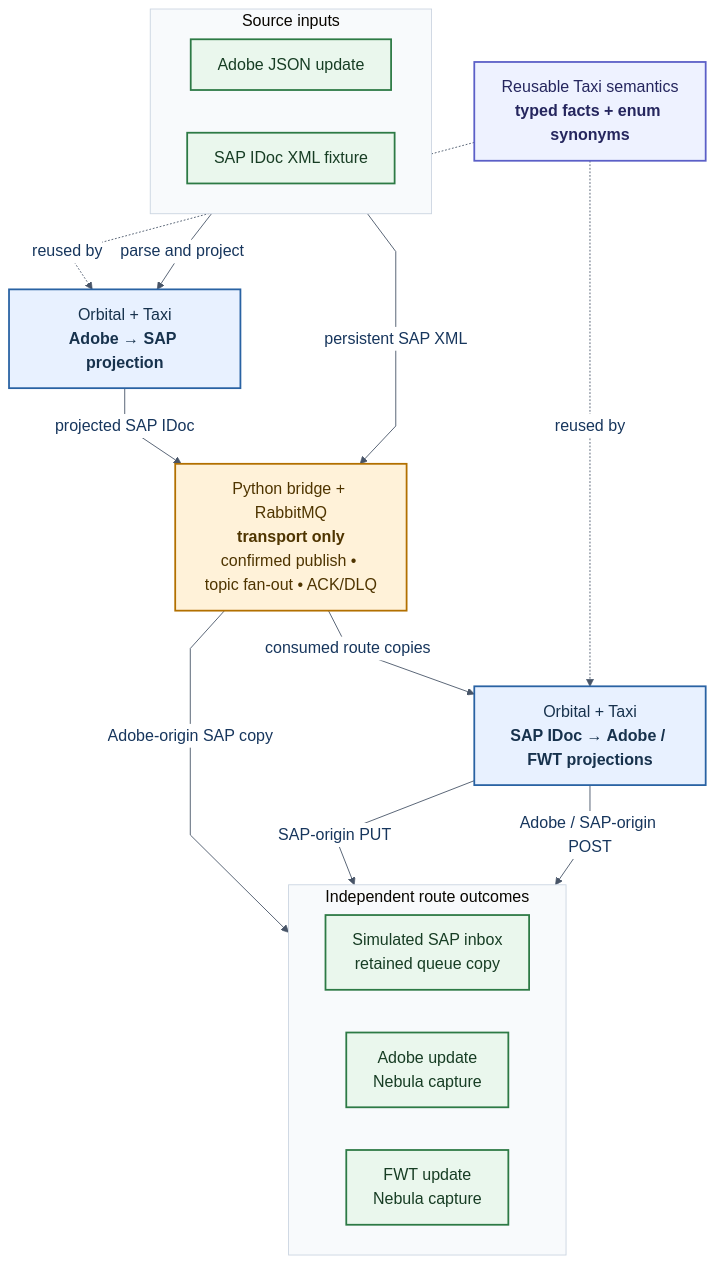
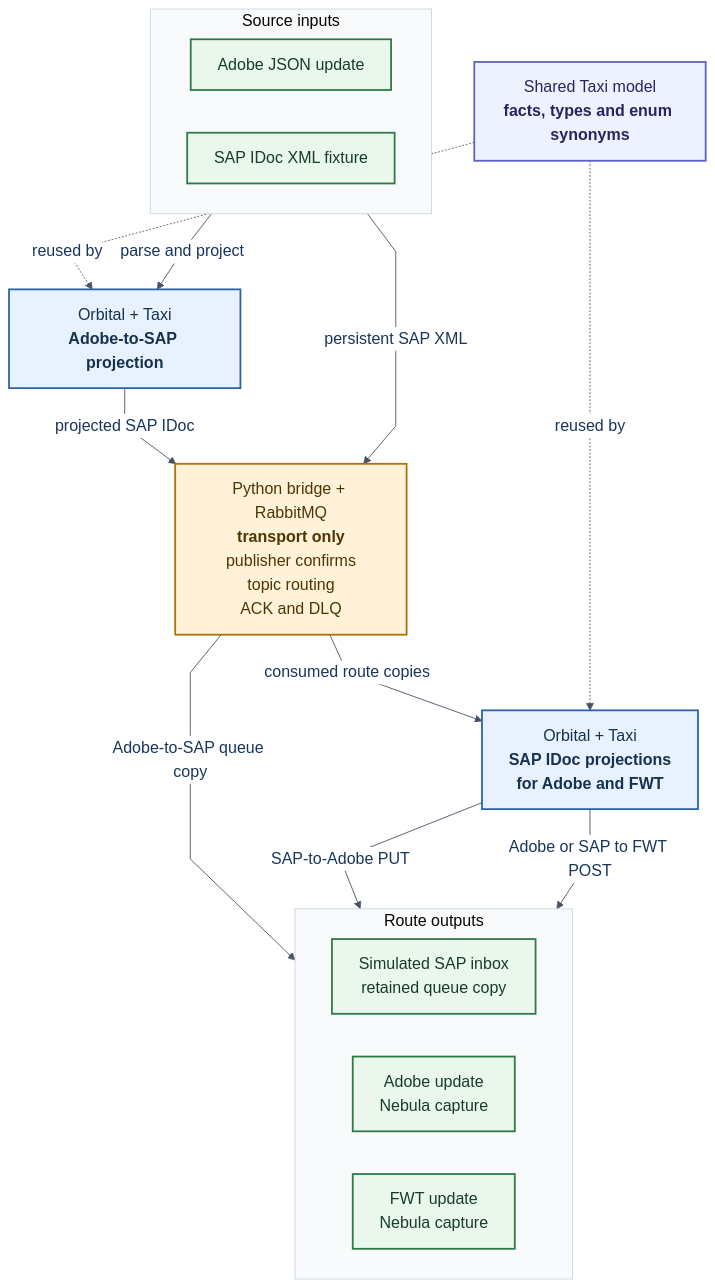
One commit to c0d3rb4b4/orbital-poc changed the diagram in docs/assets/case-study-architecture.mmd. Above: the diagram before and after it, drawn with Mermaid. The commit also changed 8 other files, not shown here.

First line of the commit message:
Refactor case study documentation and architecture diagrams for clarity and consistency

```diff
--- a/docs/assets/case-study-architecture.mmd
+++ b/docs/assets/case-study-architecture.mmd
@@ -1,58 +1,58 @@
 %%{init: {
   "theme": "base",
   "themeVariables": {
     "fontFamily": "Arial",
     "fontSize": "18px",
     "lineColor": "#475467",
     "primaryTextColor": "#17365D",
     "edgeLabelBackground": "#FFFFFF",
     "clusterBkg": "#F8FAFC",
     "clusterBorder": "#CBD5E1"
   },
   "flowchart": {
     "curve": "linear",
     "nodeSpacing": 48,
     "rankSpacing": 58,
     "diagramPadding": 18,
     "htmlLabels": true
   }
 }}%%
 flowchart TB
     subgraph Inputs["Source inputs"]
         direction LR
         Adobe["Adobe JSON update"]
         SapInput["SAP IDoc XML fixture"]
     end
 
-    Facts["Reusable Taxi semantics<br/><b>typed facts + enum synonyms</b>"]
-    AdobeProjection["Orbital + Taxi<br/><b>Adobe → SAP projection</b>"]
-    Transport["Python bridge + RabbitMQ<br/><b>transport only</b><br/>confirmed publish • topic fan-out • ACK/DLQ"]
-    TargetProjection["Orbital + Taxi<br/><b>SAP IDoc → Adobe / FWT projections</b>"]
+    Facts["Shared Taxi model<br/><b>facts, types and enum synonyms</b>"]
+    AdobeProjection["Orbital + Taxi<br/><b>Adobe-to-SAP projection</b>"]
+    Transport["Python bridge + RabbitMQ<br/><b>transport only</b><br/>publisher confirms<br/>topic routing<br/>ACK and DLQ"]
+    TargetProjection["Orbital + Taxi<br/><b>SAP IDoc projections<br/>for Adobe and FWT</b>"]
 
-    subgraph Outcomes["Independent route outcomes"]
+    subgraph Outcomes["Route outputs"]
         direction LR
         SapInbox["Simulated SAP inbox<br/>retained queue copy"]
         AdobeStub["Adobe update<br/>Nebula capture"]
         FwtStub["FWT update<br/>Nebula capture"]
     end
 
     Adobe -->|"parse and project"| AdobeProjection
     AdobeProjection -->|"projected SAP IDoc"| Transport
     SapInput -->|"persistent SAP XML"| Transport
 
-    Transport -->|"Adobe-origin SAP copy"| SapInbox
+    Transport -->|"Adobe-to-SAP queue copy"| SapInbox
     Transport -->|"consumed route copies"| TargetProjection
-    TargetProjection -->|"SAP-origin PUT"| AdobeStub
-    TargetProjection -->|"Adobe / SAP-origin POST"| FwtStub
+    TargetProjection -->|"SAP-to-Adobe PUT"| AdobeStub
+    TargetProjection -->|"Adobe or SAP to FWT POST"| FwtStub
 
     Facts -. "reused by" .-> AdobeProjection
     Facts -. "reused by" .-> TargetProjection
 
     classDef semantic fill:#E8F1FF,stroke:#2962A3,stroke-width:2px,color:#17324D;
     classDef transport fill:#FFF2D9,stroke:#B27000,stroke-width:2px,color:#4F3500;
     classDef endpoint fill:#EAF7ED,stroke:#2D7A45,stroke-width:2px,color:#173D24;
     classDef taxonomy fill:#EEF2FF,stroke:#5B5FC7,stroke-width:2px,color:#25265E;
     class AdobeProjection,TargetProjection semantic;
     class Transport transport;
     class Adobe,SapInput,SapInbox,AdobeStub,FwtStub endpoint;
     class Facts taxonomy;
```
